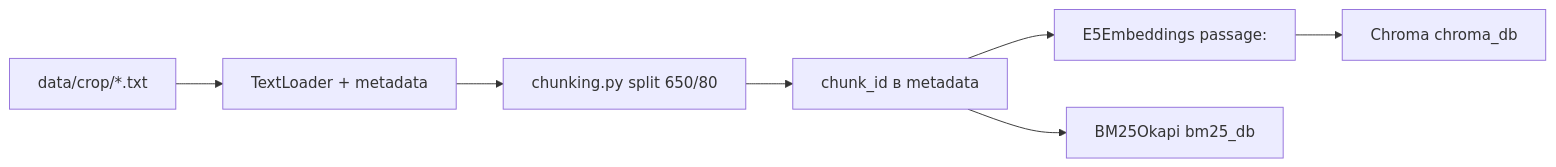
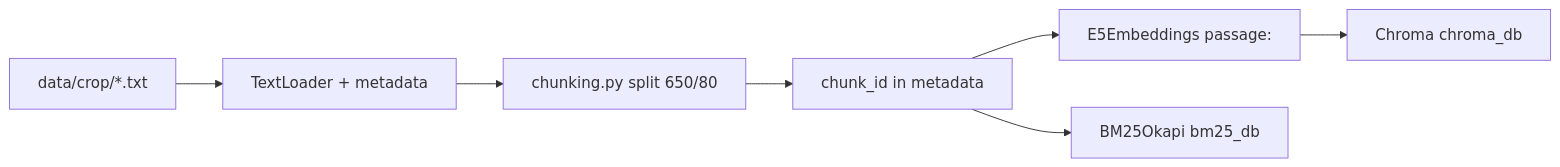
One commit to kantik001/grounded_horticulture_en changed the diagram in docs/knowledge-base/rag-vector_store.md. Above: the diagram before and after it, drawn with Mermaid. The commit also changed other lines of this file and 189 other files, not shown here.

````diff
--- a/docs/knowledge-base/rag-vector_store.md
+++ b/docs/knowledge-base/rag-vector_store.md
@@ -32,9 +32,9 @@
 ```mermaid
 flowchart LR
     A[data/crop/*.txt] --> B[TextLoader + metadata]
     B --> C[chunking.py split 650/80]
-    C --> D[chunk_id в metadata]
+    C --> D[chunk_id in metadata]
     D --> E[E5Embeddings passage:]
     E --> F[Chroma chroma_db]
     D --> G[BM25Okapi bm25_db]
 ```
````
